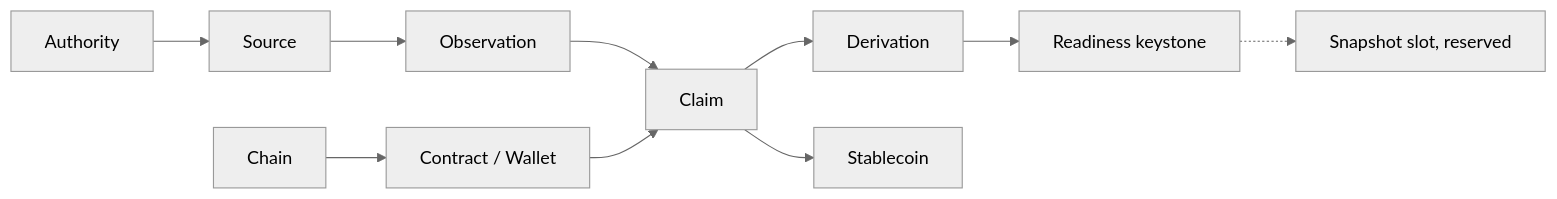
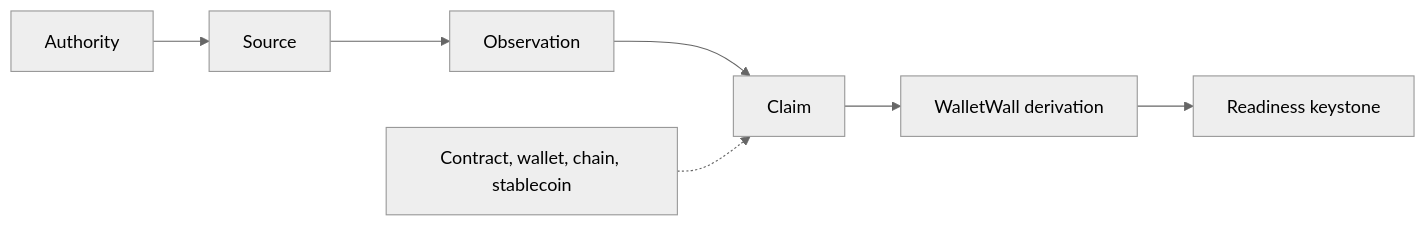
Before and after one commit to Wallet-Wall/walletwall-copilot: the diagram in docs/CANVAS_DESIGN_SYSTEM.md, drawn with Mermaid (neutral theme). The commit also changed other lines of this file and 18 other files, not shown here.

````diff
--- a/docs/CANVAS_DESIGN_SYSTEM.md
+++ b/docs/CANVAS_DESIGN_SYSTEM.md
@@ -63,7 +64,5 @@
 ```mermaid
 flowchart LR
-  A[Authority] --> S[Source] --> O[Observation] --> C[Claim] --> D[Derivation] --> K[Readiness keystone]
-  K -.-> P[Snapshot slot, reserved]
-  F1[Chain] --> F2[Contract / Wallet] --> C
-  C --> ST[Stablecoin]
+  A[Authority] --> S[Source] --> O[Observation] --> C[Claim] --> D[WalletWall derivation] --> K[Readiness keystone]
+  W[Contract, wallet, chain, stablecoin] -.-> C
 ```
````
